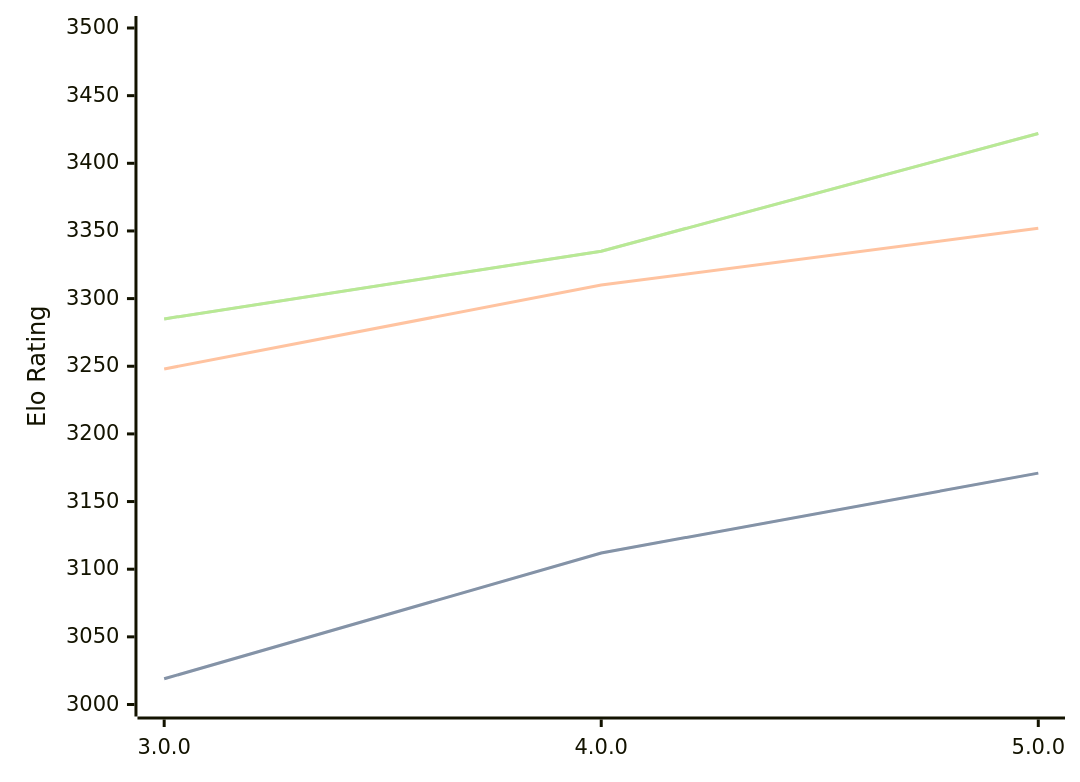
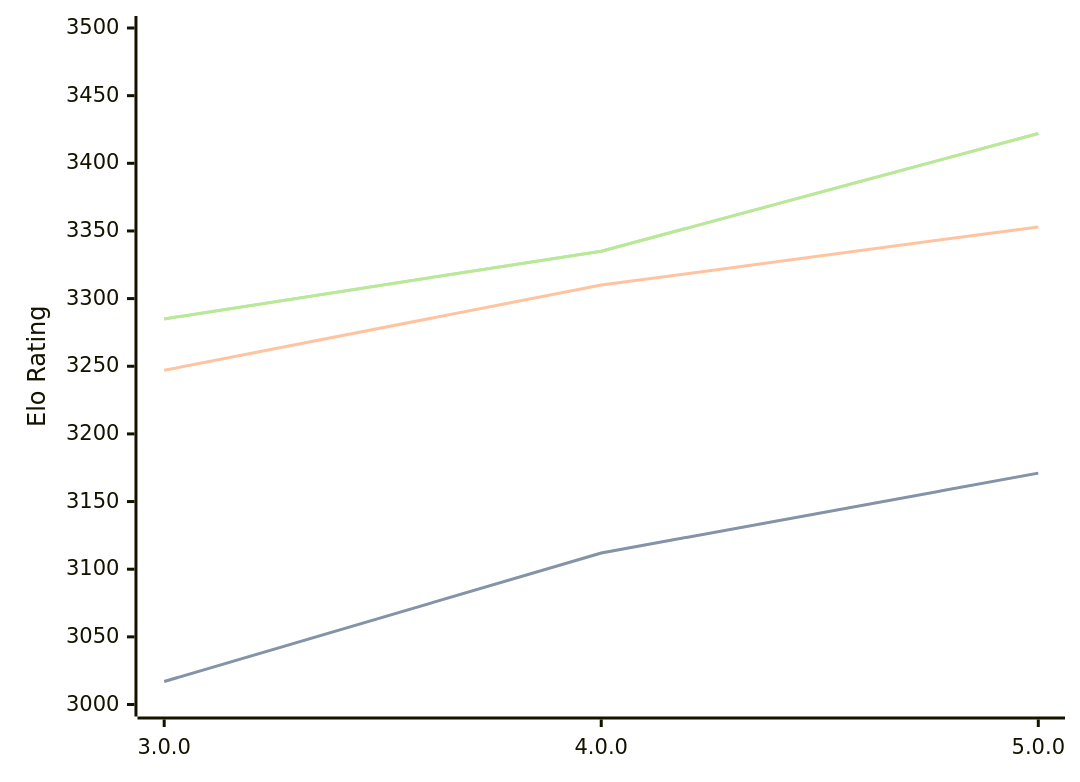
One commit to computer-chess-index/cci changed the diagram in engines/Minke.md. Above: the diagram before and after it, drawn with Mermaid. The commit also changed other lines of this file, not shown here.

````diff
--- a/engines/Minke.md
+++ b/engines/Minke.md
@@ -35,11 +35,11 @@
 ```mermaid
 %%{init: {"theme":"base","themeVariables":{"seriesColors:['#a3a3a3','#222221','#faa371']}}}%%
 xychart-beta
   x-axis ["3.0.0", "4.0.0", "5.0.0"]
   y-axis "Elo Rating" 3000 --> 3500
-  line "STC (8.0+0.08s)" [3019, 3112, 3171]
-  line "STC (8.0+0.08s)" [3019, 3112, 3171]
-  line "LTC (60.0+0.60s)" [3248, 3310, 3352]
+  line "STC (8.0+0.08s)" [3017, 3112, 3171]
+  line "STC (8.0+0.08s)" [3017, 3112, 3171]
+  line "LTC (60.0+0.60s)" [3247, 3310, 3353]
   line "VLTC (2m24s+1.12s)" [3285, 3335, 3422]
   line "VLTC (2m24s+1.12s)" [3285, 3335, 3422]
 ```
````
